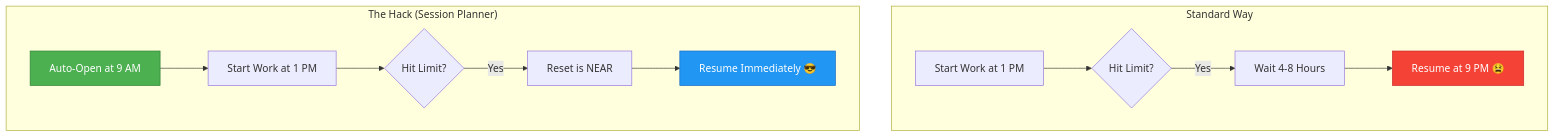
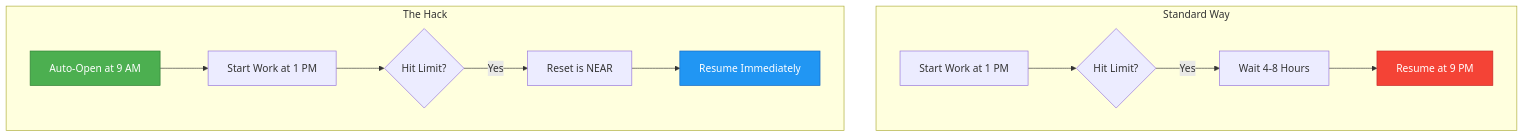
The diagram in README.md (MahmoudMabrok/SessionPlanner), drawn with Mermaid before and after one commit. The commit also changed 2 other files, not shown here.

Commit message:
fix: bin path, script resolution, and mermaid compatibility

````diff
--- a/README.md
+++ b/README.md
@@ -18,19 +18,19 @@
 ```mermaid
 graph TD
-    subgraph "Standard Way"
+    subgraph Standard_Way [Standard Way]
     A1[Start Work at 1 PM] --> B1{Hit Limit?}
     B1 -- Yes --> C1[Wait 4-8 Hours]
-    C1 --> D1[Resume at 9 PM 😫]
+    C1 --> D1[Resume at 9 PM]
     end
 
-    subgraph "The Hack (Session Planner)"
+    subgraph The_Hack [The Hack]
     A2[Auto-Open at 9 AM] --> B2[Start Work at 1 PM]
     B2 --> C2{Hit Limit?}
     C2 -- Yes --> D2[Reset is NEAR]
-    D2 --> E2[Resume Immediately 😎]
+    D2 --> E2[Resume Immediately]
     end
 
     style A2 fill:#4CAF50,stroke:#2E7D32,color:#fff
     style E2 fill:#2196F3,stroke:#1565C0,color:#fff
     style D1 fill:#f44336,stroke:#c62828,color:#fff
 ```
````
